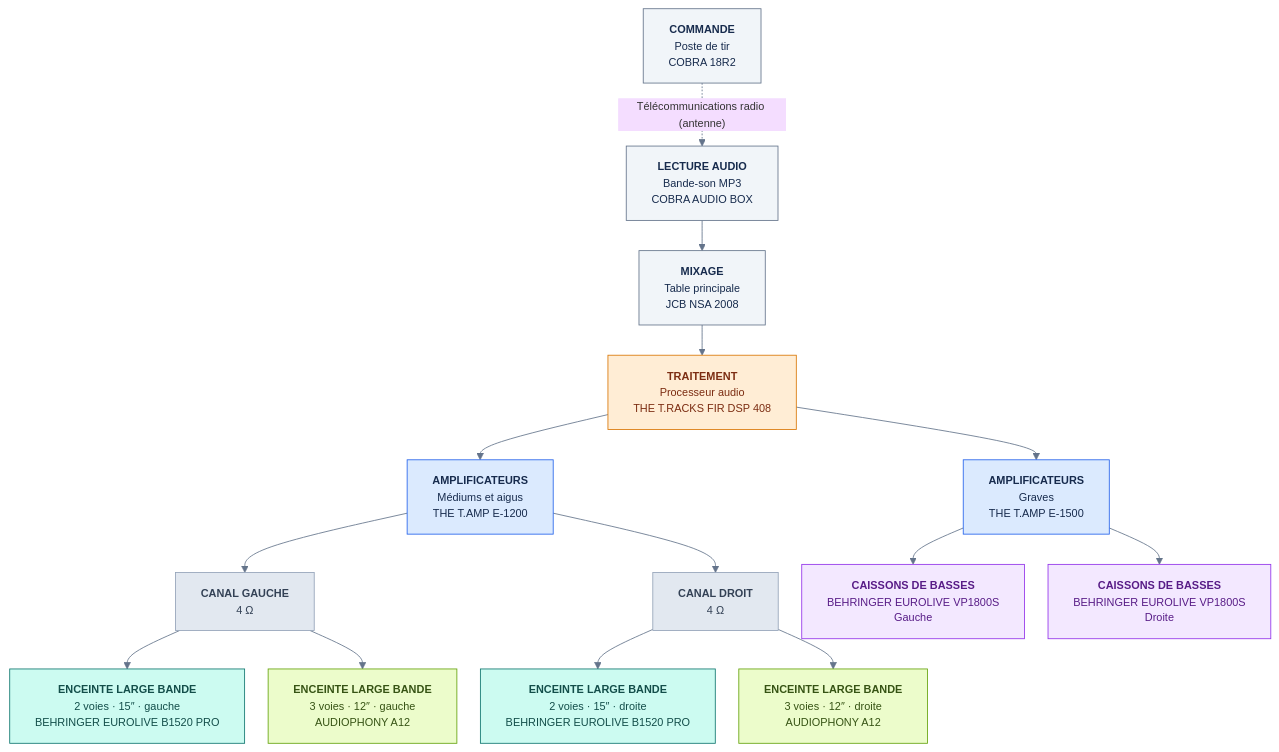
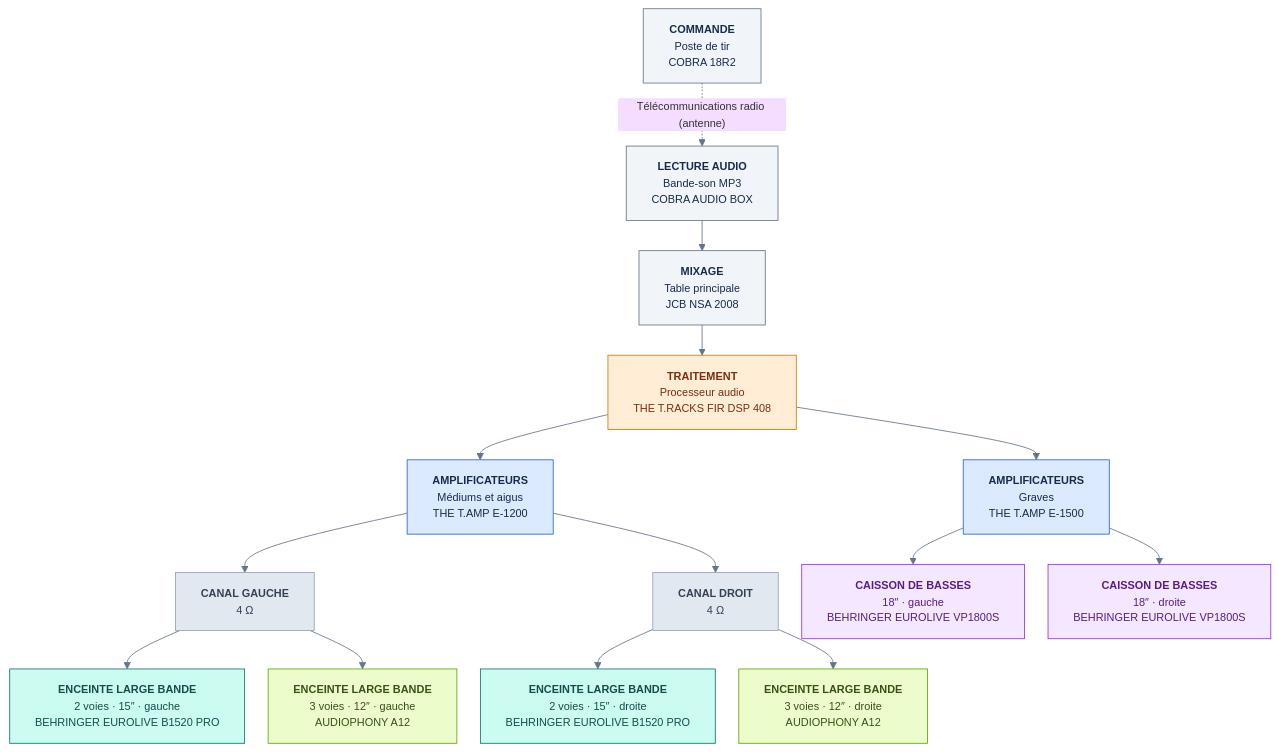
One commit to HAZIT-FR/PGE-SONO changed the first of 3 diagrams in README.md. Above: the diagram before and after it, drawn with Mermaid.

Commit message:
docs: harmoniser les cadres des caissons avec les enceintes

```diff
--- a/README.md
+++ b/README.md
@@ -34,46 +34,46 @@
 ~~~mermaid
 %%{init: {"flowchart": {"nodeSpacing": 28, "rankSpacing": 36, "htmlLabels": true, "wrappingWidth": 320}, "theme": "base", "themeVariables": {"fontSize": "13px", "lineColor": "#64748b"}}}%%
 flowchart TB
   A["<b>COMMANDE</b><br/>Poste de tir<br/>COBRA 18R2"]
   B["<b>LECTURE AUDIO</b><br/>Bande-son MP3<br/>COBRA AUDIO BOX"]
   C["<b>MIXAGE</b><br/>Table principale<br/>JCB NSA 2008"]
   D["<b>TRAITEMENT</b><br/>Processeur audio<br/>THE T.RACKS FIR DSP 408"]
   E["<b>AMPLIFICATEURS</b><br/>Médiums et aigus<br/>THE T.AMP E-1200"]
   F["<b>AMPLIFICATEURS</b><br/>Graves<br/>THE T.AMP E-1500"]
   LG["<b>CANAL GAUCHE</b><br/>4 Ω"]
   LD["<b>CANAL DROIT</b><br/>4 Ω"]
   BG["<b>ENCEINTE LARGE BANDE</b><br/>2 voies · 15″ · gauche<br/>BEHRINGER EUROLIVE B1520 PRO"]
   BD["<b>ENCEINTE LARGE BANDE</b><br/>2 voies · 15″ · droite<br/>BEHRINGER EUROLIVE B1520 PRO"]
   AG["<b>ENCEINTE LARGE BANDE</b><br/>3 voies · 12″ · gauche<br/>AUDIOPHONY A12"]
   AD["<b>ENCEINTE LARGE BANDE</b><br/>3 voies · 12″ · droite<br/>AUDIOPHONY A12"]
-  SG["<b>CAISSONS DE BASSES</b><br/>BEHRINGER EUROLIVE VP1800S<br/>Gauche"]
-  SD["<b>CAISSONS DE BASSES</b><br/>BEHRINGER EUROLIVE VP1800S<br/>Droite"]
+  SG["<b>CAISSON DE BASSES</b><br/>18″ · gauche<br/>BEHRINGER EUROLIVE VP1800S"]
+  SD["<b>CAISSON DE BASSES</b><br/>18″ · droite<br/>BEHRINGER EUROLIVE VP1800S"]
 
   A -. "Télécommunications radio (antenne)" .-> B
   B --> C --> D
   D --> E
   D --> F
   E --> LG
   E --> LD
   LG --> BG
   LG --> AG
   LD --> BD
   LD --> AD
   F --> SG
   F --> SD
 
   classDef commande fill:#f1f5f9,stroke:#64748b,color:#172b4d;
   classDef processeur fill:#ffedd5,stroke:#d97706,color:#7c2d12;
   classDef amplis fill:#dbeafe,stroke:#2563eb,color:#172b4d;
   classDef canaux fill:#e2e8f0,stroke:#94a3b8,color:#334155;
   classDef principales fill:#ccfbf1,stroke:#0f766e,color:#134e4a;
   classDef appoint fill:#ecfccb,stroke:#65a30d,color:#365314;
   classDef basses fill:#f3e8ff,stroke:#9333ea,color:#581c87;
   class A,B,C commande;
   class D processeur;
   class E,F amplis;
   class LG,LD canaux;
   class BG,BD principales;
   class AG,AD appoint;
   class SG,SD basses;
 ~~~
```
